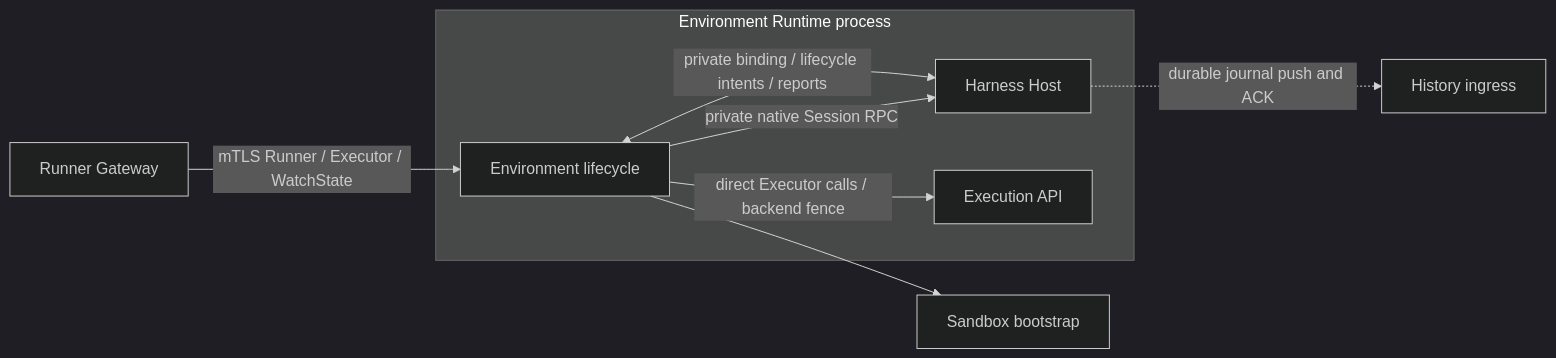
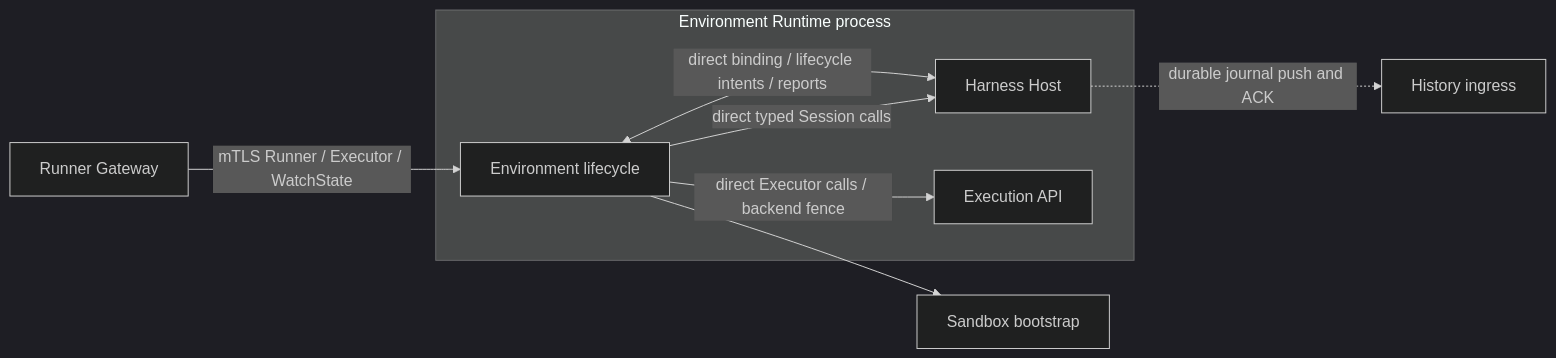
The third of 9 diagrams in agentplane/docs/system_overview.md (agentydragon/ducktape), drawn with Mermaid (dark theme) before and after one commit. The commit also changed 12 other files, not shown here.

Commit message:
Preserve direct Host fence and execution readiness acknowledgements

````diff
--- a/agentplane/docs/system_overview.md
+++ b/agentplane/docs/system_overview.md
@@ -117,17 +117,17 @@
 ```mermaid
 flowchart LR
     gateway[Runner Gateway]
     subgraph environment_runtime[Environment Runtime process]
       runtime[Environment lifecycle]
       host[Harness Host]
       execution[Execution API]
     end
     bootstrap[Sandbox bootstrap]
     history[History ingress]
     gateway -->|mTLS Runner / Executor / WatchState| runtime
-    runtime <-->|private binding / lifecycle intents / reports| host
-    runtime -->|private native Session RPC| host
+    runtime <-->|direct binding / lifecycle intents / reports| host
+    runtime -->|direct typed Session calls| host
     runtime -->|direct Executor calls / backend fence| execution
     runtime --> bootstrap
     host -.->|durable journal push and ACK| history
 ```
````
